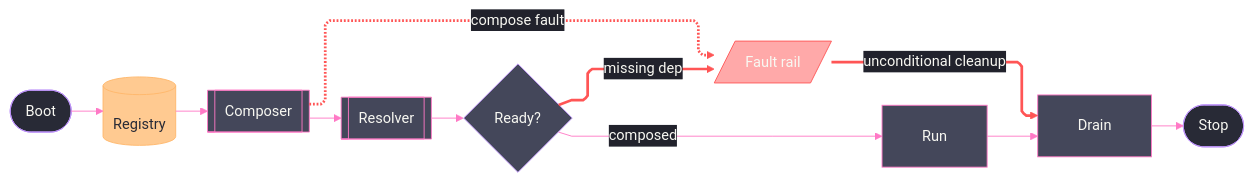
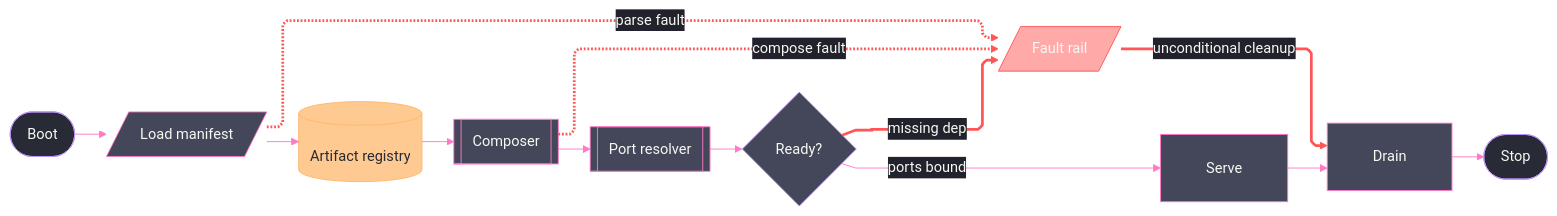
Before and after one commit to bsamiee/Rasm: the diagram in .claude/skills/mermaid-diagramming/templates/spine.mmd.md, drawn with Mermaid. The commit also changed 56 other files, not shown here.

````diff
--- a/.claude/skills/mermaid-diagramming/templates/spine.mmd.md
+++ b/.claude/skills/mermaid-diagramming/templates/spine.mmd.md
@@ -5,47 +5,49 @@
 ```mermaid
 ---
 config:
   theme: base
   look: classic
   layout: elk
   flowchart:
     curve: linear
-    padding: 22
+    padding: 25
   themeVariables:
     darkMode: true
     fontFamily: "SF Mono, Menlo, Cascadia Mono, Segoe UI Mono, Consolas, monospace"
     useGradient: false
     dropShadow: "none"
     background: "#282A36"
     primaryColor: "#44475A"
     primaryTextColor: "#F8F8F2"
     primaryBorderColor: "#BD93F9"
     lineColor: "#FF79C6"
     textColor: "#F8F8F2"
     edgeLabelBackground: "#21222C"
     labelBackgroundColor: "#21222C"
-  themeCSS: ".nodeLabel{font-size:13px;font-weight:500}.edgeLabel{font-size:12px;font-weight:500}.cluster-label .nodeLabel{font-size:12.5px;font-weight:600;letter-spacing:.08em}.edge-thickness-normal{stroke-width:2px}.edge-thickness-thick{stroke-width:3px}.edge-pattern-dashed,.edge-pattern-dotted{stroke-width:1.5px;stroke-dasharray:4 6}.node rect,.node circle,.node polygon,.node path,.node .outer-path{stroke-width:1.5px;filter:none!important}.cluster rect{stroke-width:1px!important;stroke-dasharray:5 4!important;filter:none!important}.marker path,.marker circle{transform:scale(.8);transform-origin:5px 5px}.edgeLabel rect{transform-box:fill-box;transform-origin:center;transform:scale(1.1,1.2)}"
+  themeCSS: ".nodeLabel{font-size:13px;font-weight:500}.edgeLabel{font-size:12px;font-weight:500}.cluster-label .nodeLabel{font-size:13.5px;font-weight:700;letter-spacing:.08em}.edge-thickness-normal{stroke-width:2px}.edge-thickness-thick{stroke-width:3px}.edge-pattern-dashed,.edge-pattern-dotted{stroke-width:1.5px;stroke-dasharray:4 6}.node rect,.node circle,.node polygon,.node path,.node .outer-path{stroke-width:1.5px;filter:none!important}.cluster rect{stroke-width:1px!important;stroke-dasharray:5 4!important;filter:none!important}.marker path{transform:scale(.8);transform-origin:5px 5px}.marker circle{transform:scale(.48);transform-origin:5px 5px}.edgeLabel rect{transform-box:fill-box;transform-origin:center;transform:scale(1.1,1.2)}"
 ---
 flowchart LR
-    accTitle: Owner-set spine
-    accDescr: The once-walked main path from boot through compose, readiness gate, run, and drain, with every stage fault converging on one red rail that rejoins drain.
-    Boot([Boot]) --> Registry[(Registry)]
+    accTitle: AppHost runtime spine
+    accDescr: The once-walked host path from boot through manifest load, registry restore, composition, and a readiness gate into serve and drain, with every stage fault converging on one red rail that rejoins drain.
+    Boot([Boot]) --> Manifest[/Load manifest/]
+    Manifest --> Registry[(Artifact registry)]
     Registry --> Composer[[Composer]]
-    Composer --> Resolver[[Resolver]]
+    Composer --> Resolver[[Port resolver]]
     Resolver --> Ready{Ready?}
-    Ready -->|composed| Run[Run]
-    Ready -->|missing dep| Fault[/Fault rail/]
-    Composer -.->|compose fault| Fault
-    Run --> Drain[Drain]
-    Fault -->|unconditional cleanup| Drain
+    Ready -->|"ports bound"| Serve[Serve]
+    Ready -->|"missing dep"| Fault[/Fault rail/]
+    Manifest -.->|"parse fault"| Fault
+    Composer -.->|"compose fault"| Fault
+    Serve --> Drain[Drain]
+    Fault -->|"unconditional cleanup"| Drain
     Drain --> Stop([Stop])
-    linkStyle 5,6,8 stroke:#FF5555,stroke-width:3px,color:#F8F8F2
+    linkStyle 6,7,8,10 stroke:#FF5555,stroke-width:3px,color:#F8F8F2
     classDef boundary fill:#282A36,stroke:#BD93F9,color:#F8F8F2
     classDef error fill:#FF555580,stroke:#FF5555,color:#F8F8F2
     classDef primary fill:#44475A,stroke:#FF79C6,color:#F8F8F2
     classDef data fill:#FFB86CBF,stroke:#FFB86C,color:#282A36
     class Boot,Stop boundary
     class Fault error
-    class Composer,Resolver,Run,Drain primary
+    class Manifest,Composer,Resolver,Serve,Drain primary
     class Registry data
 ```
````
